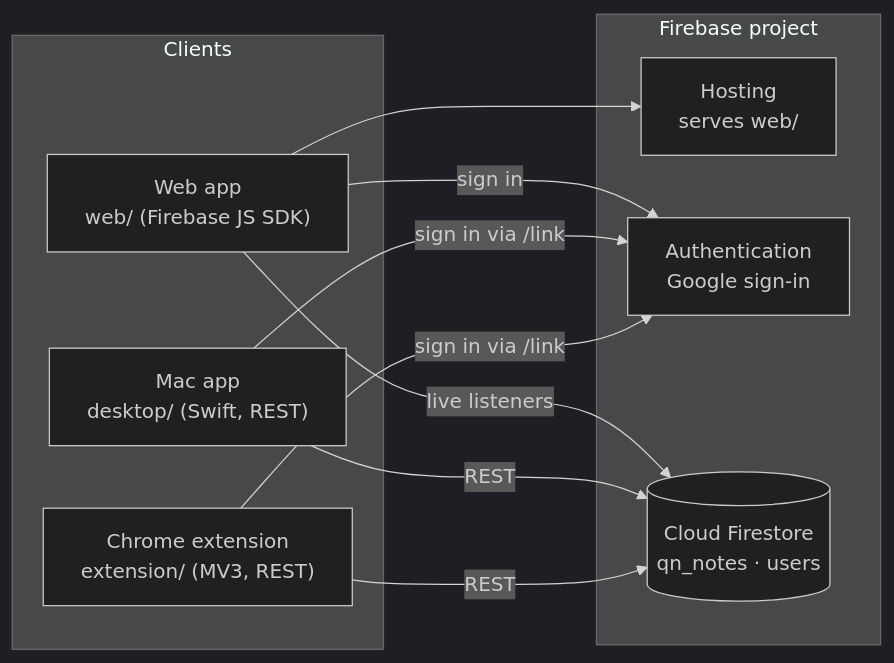
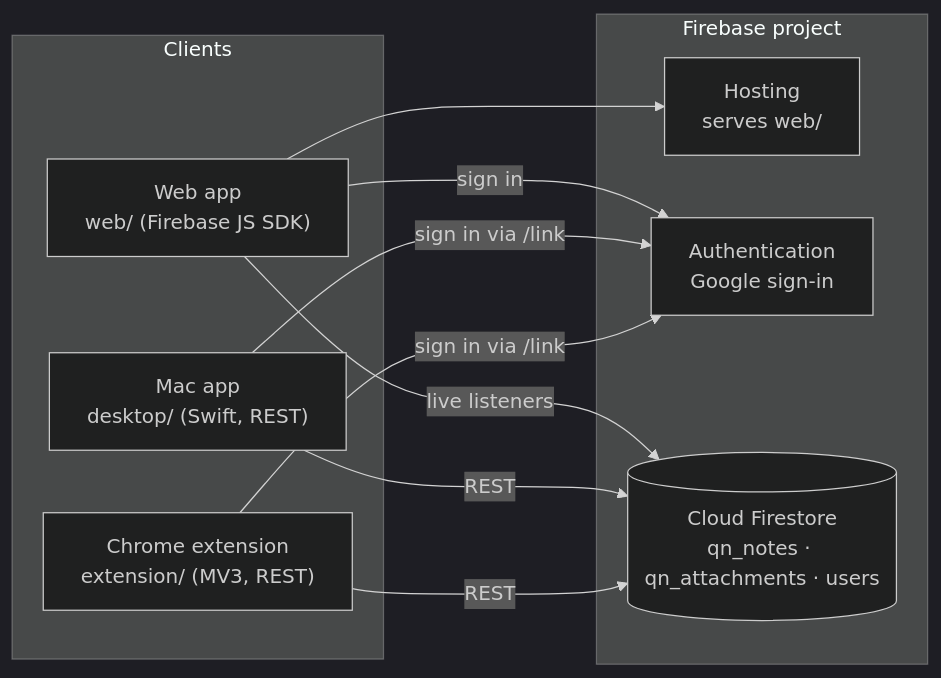
One commit to MuhammadAmas/QuickNotes changed the diagram in README.md. Above: the diagram before and after it, drawn with Mermaid (dark theme). The commit also changed other lines of this file and 3 other files, not shown here.

````diff
--- a/README.md
+++ b/README.md
@@ -41,20 +41,20 @@
 ```mermaid
 flowchart LR
   subgraph Clients
     W["Web app<br/>web/ (Firebase JS SDK)"]
     M["Mac app<br/>desktop/ (Swift, REST)"]
     C["Chrome extension<br/>extension/ (MV3, REST)"]
   end
   subgraph Firebase["Firebase project"]
     H["Hosting<br/>serves web/"]
     A["Authentication<br/>Google sign-in"]
-    F[("Cloud Firestore<br/>qn_notes · users")]
+    F[("Cloud Firestore<br/>qn_notes · qn_attachments · users")]
   end
   W --> H
   W -- sign in --> A
   W -- live listeners --> F
   M -- "sign in via /link" --> A
   C -- "sign in via /link" --> A
   M -- REST --> F
   C -- REST --> F
 ```
````
